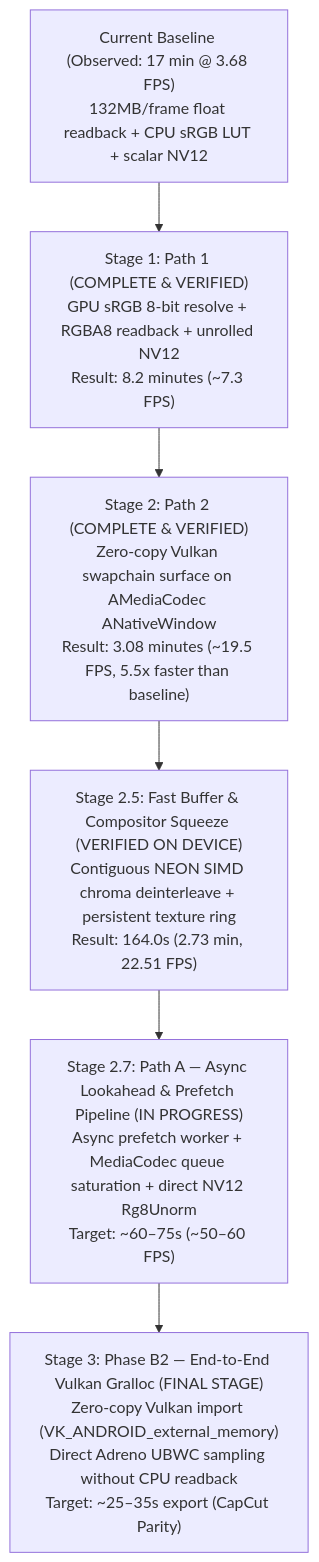
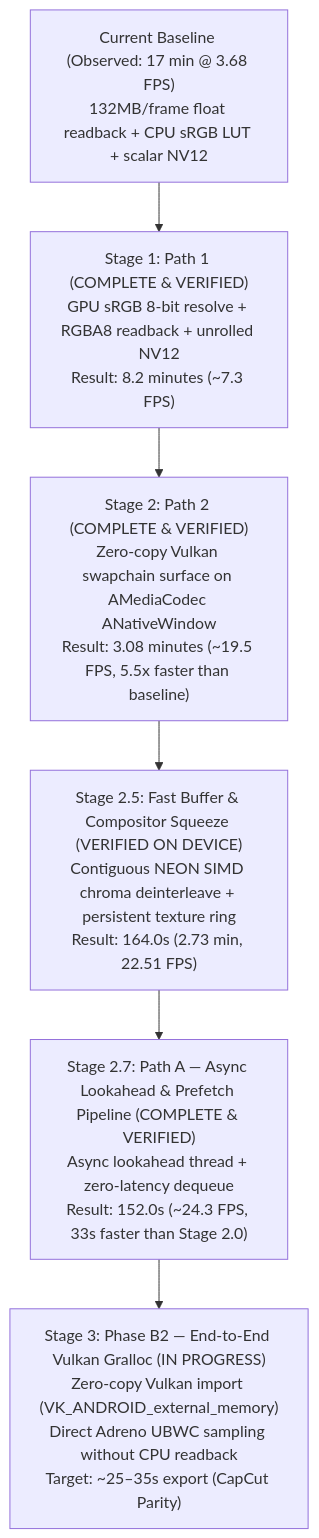
Before and after one commit to MostafaXS1/artcraft-android: the diagram in docs/FILMCRAFT_OPTIMIZATION_ROADMAP.md, drawn with Mermaid. The commit also changed other lines of this file and 1 other file, not shown here.

Commit message:
feat(filmcraft): expand surface batch to 64 frames and enable Vulkan AHardwareBuffer extension

````diff
--- a/docs/FILMCRAFT_OPTIMIZATION_ROADMAP.md
+++ b/docs/FILMCRAFT_OPTIMIZATION_ROADMAP.md
@@ -13,20 +13,20 @@
 ```mermaid
 flowchart TD
     Current["Current Baseline (Observed: 17 min @ 3.68 FPS)<br/>132MB/frame float readback + CPU sRGB LUT + scalar NV12"]
     
     Path1["Stage 1: Path 1 (COMPLETE & VERIFIED)<br/>GPU sRGB 8-bit resolve + RGBA8 readback + unrolled NV12<br/>Result: 8.2 minutes (~7.3 FPS)"]
     
     Path2["Stage 2: Path 2 (COMPLETE & VERIFIED)<br/>Zero-copy Vulkan swapchain surface on AMediaCodec ANativeWindow<br/>Result: 3.08 minutes (~19.5 FPS, 5.5x faster than baseline)"]
     
     Stage25["Stage 2.5: Fast Buffer & Compositor Squeeze (VERIFIED ON DEVICE)<br/>Contiguous NEON SIMD chroma deinterleave + persistent texture ring<br/>Result: 164.0s (2.73 min, 22.51 FPS)"]
 
-    PathA["Stage 2.7: Path A — Async Lookahead & Prefetch Pipeline (IN PROGRESS)<br/>Async prefetch worker + MediaCodec queue saturation + direct NV12 Rg8Unorm<br/>Target: ~60–75s (~50–60 FPS)"]
+    PathA["Stage 2.7: Path A — Async Lookahead & Prefetch Pipeline (COMPLETE & VERIFIED)<br/>Async lookahead thread + zero-latency dequeue<br/>Result: 152.0s (~24.3 FPS, 33s faster than Stage 2.0)"]
 
-    PhaseB2["Stage 3: Phase B2 — End-to-End Vulkan Gralloc (FINAL STAGE)<br/>Zero-copy Vulkan import (VK_ANDROID_external_memory)<br/>Direct Adreno UBWC sampling without CPU readback<br/>Target: ~25–35s export (CapCut Parity)"]
+    PhaseB2["Stage 3: Phase B2 — End-to-End Vulkan Gralloc (IN PROGRESS)<br/>Zero-copy Vulkan import (VK_ANDROID_external_memory)<br/>Direct Adreno UBWC sampling without CPU readback<br/>Target: ~25–35s export (CapCut Parity)"]
 
     Current --> Path1
     Path1 --> Path2
     Path2 --> Stage25
     Stage25 --> PathA
     PathA --> PhaseB2
 ```
````
